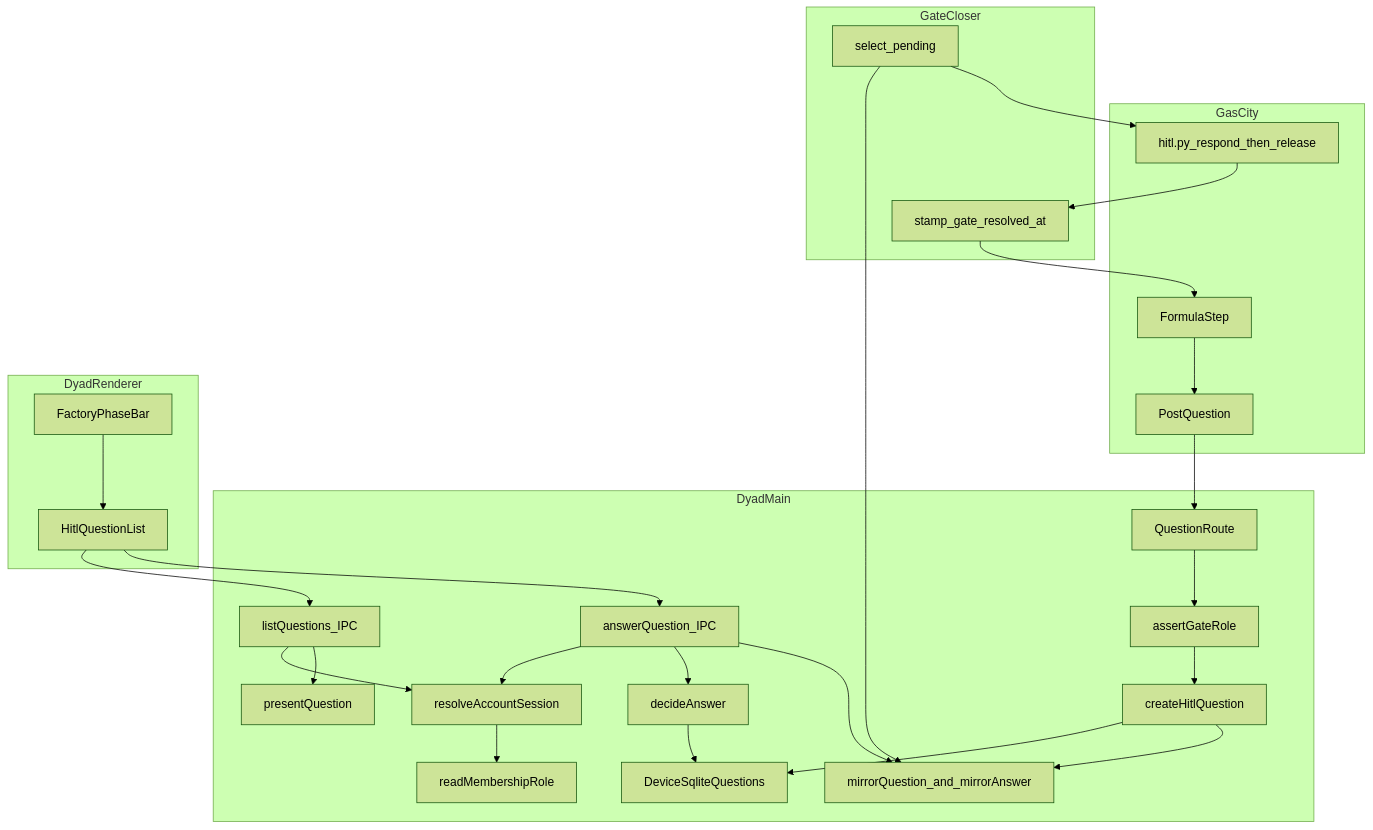
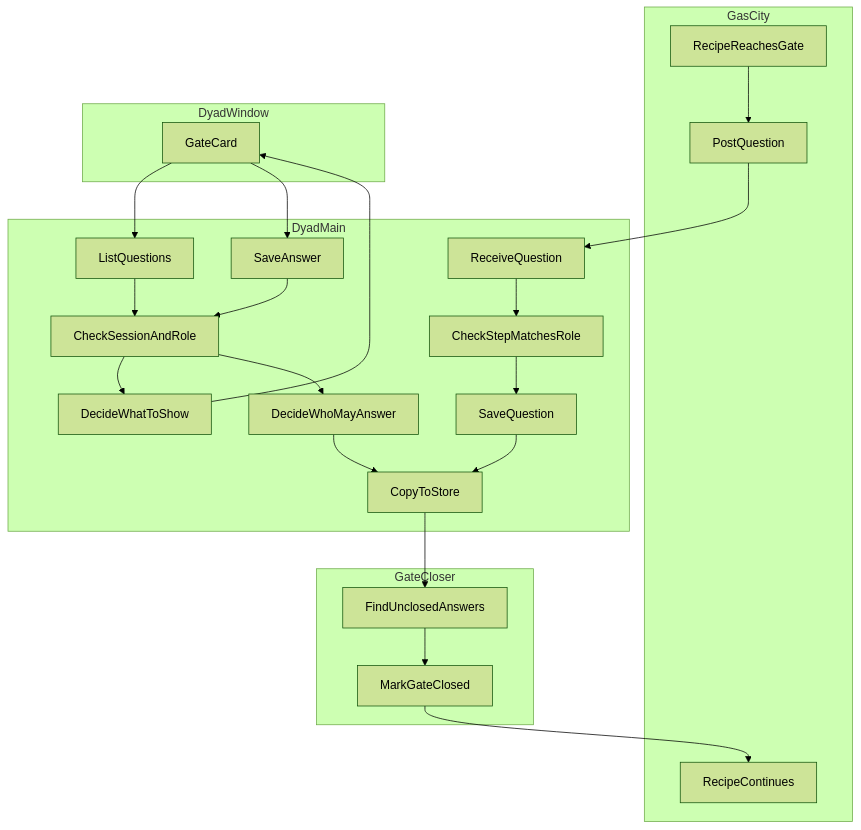
One commit to Awannaphasch2016/dyad changed the third of 6 diagrams in docs/multi-tenant-hitl-architecture.md. Above: the diagram before and after it, drawn with Mermaid (forest theme). The commit also changed other lines of this file, not shown here.

First line of the commit message:
docs: rewrite multi-tenant HITL architecture for non-builder readers

````diff
--- a/docs/multi-tenant-hitl-architecture.md
+++ b/docs/multi-tenant-hitl-architecture.md
@@ -192,53 +156,46 @@
 ```mermaid
 flowchart TB
   subgraph city [GasCity]
-    formula[FormulaStep]
+    formula[RecipeReachesGate]
     poster[PostQuestion]
-    hitlPy[hitl.py_respond_then_release]
+    resume[RecipeContinues]
+  end
+
+  subgraph ui [DyadWindow]
+    card[GateCard]
   end
 
   subgraph mainBox [DyadMain]
-    bridgeRoute[QuestionRoute]
-    createQ[createHitlQuestion]
-    roleMap[assertGateRole]
-    sqliteWrite[DeviceSqliteQuestions]
-    mirror[mirrorQuestion_and_mirrorAnswer]
-    ipcList[listQuestions_IPC]
-    ipcAnswer[answerQuestion_IPC]
-    present[presentQuestion]
-    decide[decideAnswer]
-    session[resolveAccountSession]
-    membership[readMembershipRole]
-  end
-
-  subgraph ui [DyadRenderer]
-    phaseBar[FactoryPhaseBar]
-    card[HitlQuestionList]
+    bridgeRoute[ReceiveQuestion]
+    roleMap[CheckStepMatchesRole]
+    createQ[SaveQuestion]
+    listQ[ListQuestions]
+    saveA[SaveAnswer]
+    session[CheckSessionAndRole]
+    present[DecideWhatToShow]
+    decide[DecideWhoMayAnswer]
+    mirror[CopyToStore]
   end
 
   subgraph closeBox [GateCloser]
-    poll[select_pending]
-    stamp[stamp_gate_resolved_at]
+    poll[FindUnclosedAnswers]
+    stamp[MarkGateClosed]
   end
 
   formula --> poster
   poster --> bridgeRoute
   bridgeRoute --> roleMap
   roleMap --> createQ
-  createQ --> sqliteWrite
   createQ --> mirror
-  phaseBar --> card
-  card --> ipcList
-  card --> ipcAnswer
-  ipcList --> session
-  ipcAnswer --> session
-  session --> membership
-  ipcList --> present
-  ipcAnswer --> decide
-  decide --> sqliteWrite
-  ipcAnswer --> mirror
-  poll --> mirror
-  poll --> hitlPy
-  hitlPy --> stamp
-  stamp --> formula
+  card --> listQ
+  card --> saveA
+  listQ --> session
+  saveA --> session
+  session --> present
+  session --> decide
+  present --> card
+  decide --> mirror
+  mirror --> poll
+  poll --> stamp
+  stamp --> resume
 ```
````
